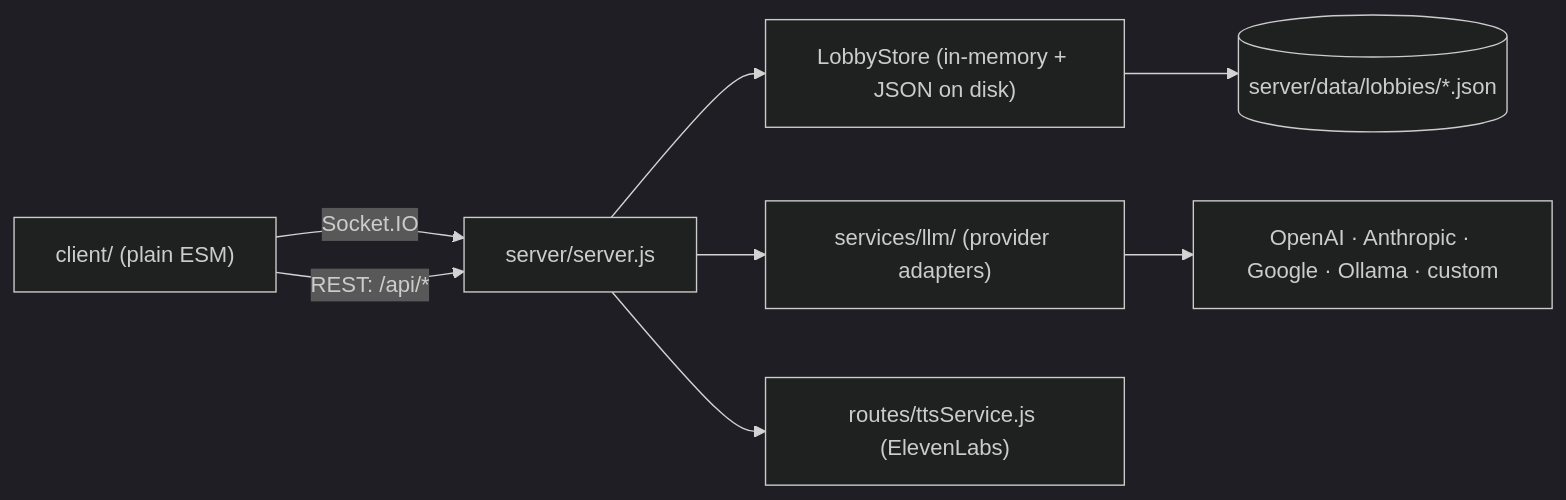
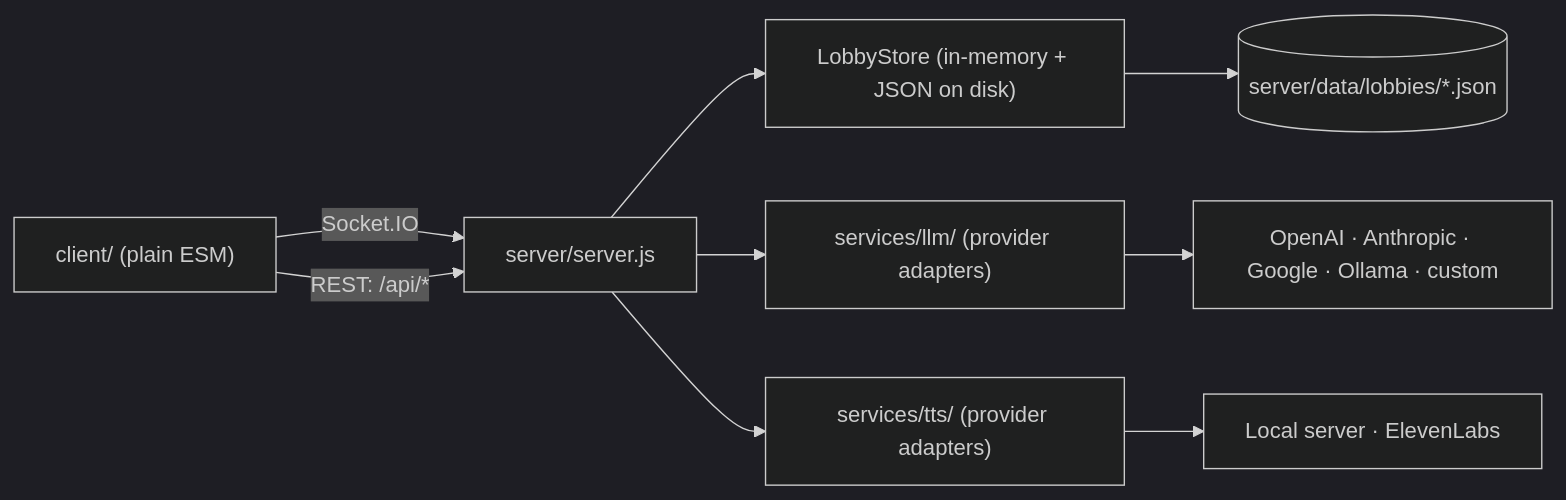
The diagram in docs/architecture.md (Kenji776/StoryTeller), drawn with Mermaid (dark theme) before and after one commit. The commit also changed other lines of this file and 11 other files, not shown here.

````diff
--- a/docs/architecture.md
+++ b/docs/architecture.md
@@ -11,10 +11,11 @@
 ```mermaid
 flowchart LR
     Browser["client/ (plain ESM)"] -- "Socket.IO" --> Server["server/server.js"]
     Browser -- "REST: /api/*" --> Server
     Server --> Store["LobbyStore (in-memory + JSON on disk)"]
     Server --> LLM["services/llm/ (provider adapters)"]
-    Server --> TTS["routes/ttsService.js (ElevenLabs)"]
+    Server --> TTS["services/tts/ (provider adapters)"]
     LLM --> Providers["OpenAI · Anthropic · Google · Ollama · custom"]
+    TTS --> Voices["Local server · ElevenLabs"]
     Store --> Disk[("server/data/lobbies/*.json")]
 ```
````
